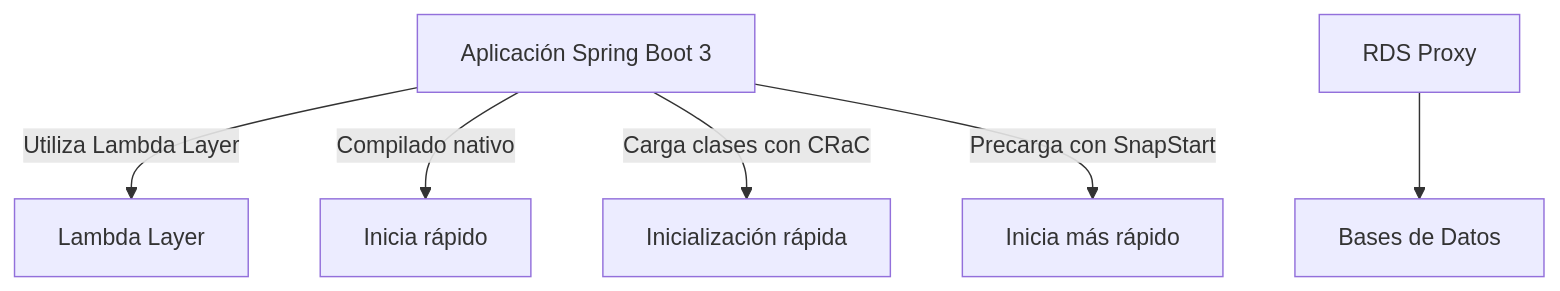
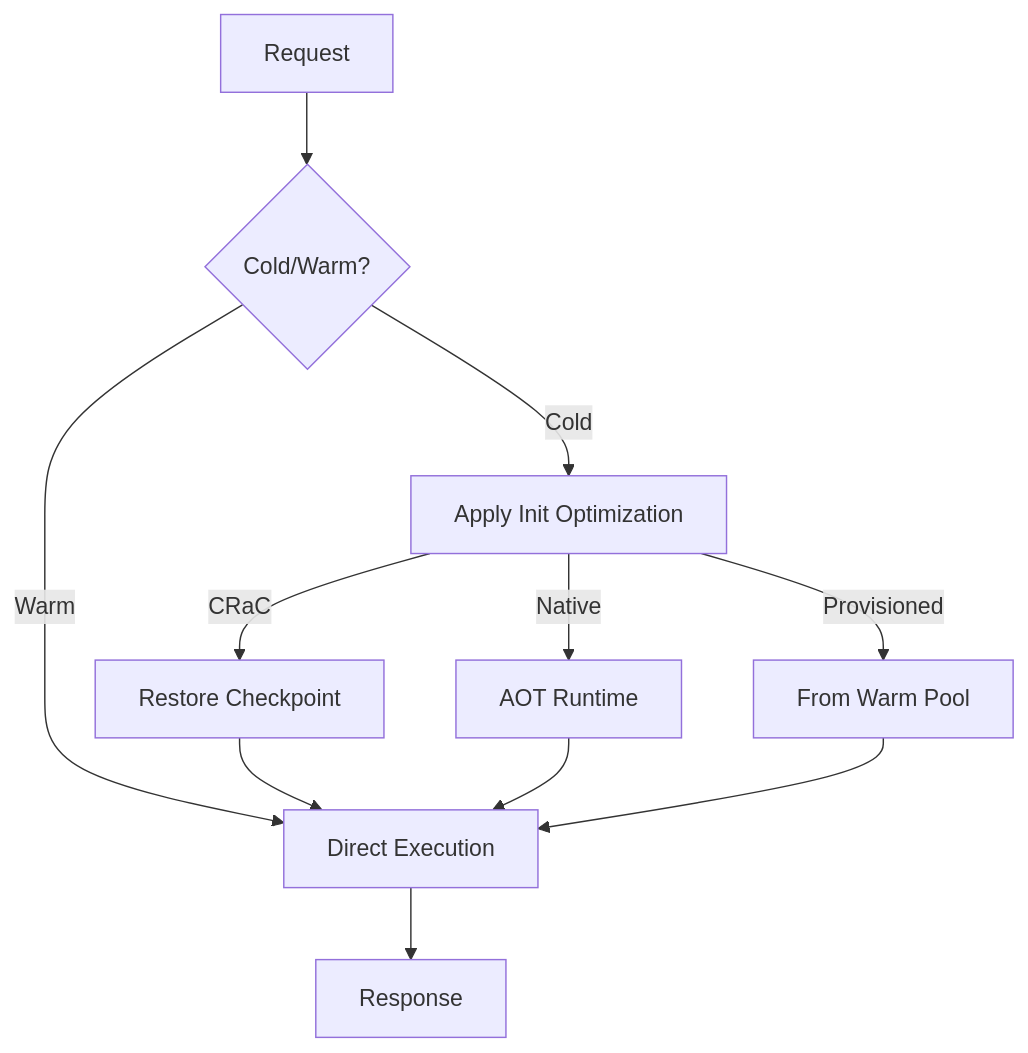
Before and after one commit to Joaquinriosheredia/DAM-Java-Mastery: the fifth of 8 diagrams in _Review/cold_starts_y_optimizacion_serverless_java/cold_starts_y_optimizacion_serverless_java.md, drawn with Mermaid. The commit also changed other lines of this file, not shown here.

Commit message:
Cold Starts y Optimización Serverless Java 21

````diff
--- a/_Review/cold_starts_y_optimizacion_serverless_java/cold_starts_y_optimizacion_serverless_java.md
+++ b/_Review/cold_starts_y_optimizacion_serverless_java/cold_starts_y_optimizacion_serverless_java.md
@@ -743,9 +337,13 @@
 ```mermaid
 graph TD
-    A[Aplicación Spring Boot 3] -->|Utiliza Lambda Layer| B[Lambda Layer]
-    A -->|Compilado nativo| C[Inicia rápido]
-    A -->|Carga clases con CRaC| D[Inicialización rápida]
-    A -->|Precarga con SnapStart| E[Inicia más rápido]
-
-    F[RDS Proxy] --> G[Bases de Datos]
+    REQ[Request] --> INIT{Cold/Warm?}
+    INIT -->|Cold| OPT[Apply Init Optimization]
+    INIT -->|Warm| EXEC[Direct Execution]
+    OPT -->|CRaC| RESTORE[Restore Checkpoint]
+    OPT -->|Native| AOT_RUN[AOT Runtime]
+    OPT -->|Provisioned| POOL[From Warm Pool]
+    RESTORE --> EXEC
+    AOT_RUN --> EXEC
+    POOL --> EXEC
+    EXEC --> RESP[Response]
 ```
````
